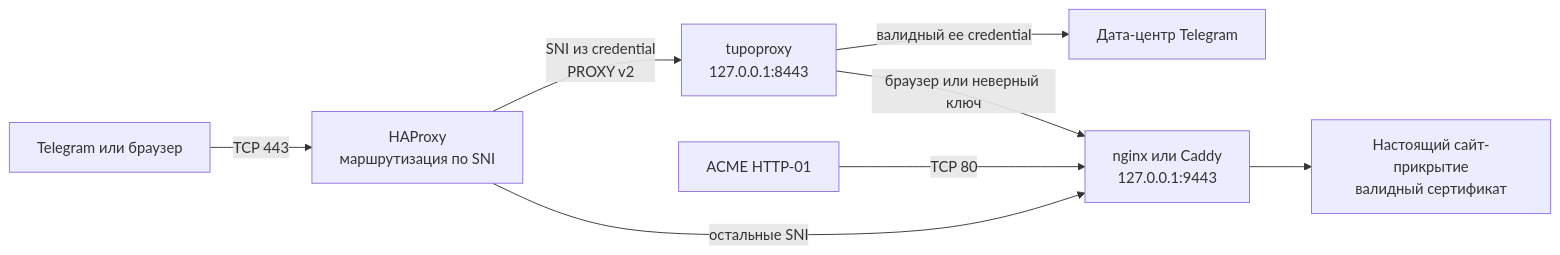
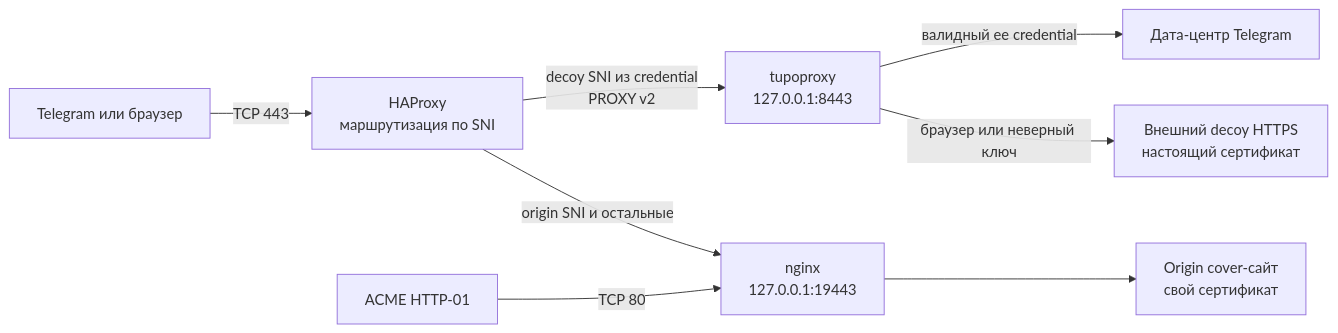
The diagram in README.md (wasteprince/tupoproxy), drawn with Mermaid before and after one commit. The commit also changed other lines of this file and 11 other files, not shown here.

````diff
--- a/README.md
+++ b/README.md
@@ -51,10 +51,10 @@
 ```mermaid
 flowchart LR
     A[Telegram или браузер] -->|TCP 443| H[HAProxy<br>маршрутизация по SNI]
-    H -->|SNI из credential<br>PROXY v2| T[tupoproxy<br>127.0.0.1:8443]
-    H -->|остальные SNI| N[nginx или Caddy<br>127.0.0.1:9443]
+    H -->|decoy SNI из credential<br>PROXY v2| T[tupoproxy<br>127.0.0.1:8443]
+    H -->|origin SNI и остальные| N[nginx<br>127.0.0.1:19443]
     T -->|валидный ee credential| G[Дата-центр Telegram]
-    T -->|браузер или неверный ключ| N
-    N --> C[Настоящий сайт-прикрытие<br>валидный сертификат]
+    T -->|браузер или неверный ключ| D[Внешний decoy HTTPS<br>настоящий сертификат]
+    N --> C[Origin cover-сайт<br>свой сертификат]
     E[ACME HTTP-01] -->|TCP 80| N
 ```
````
